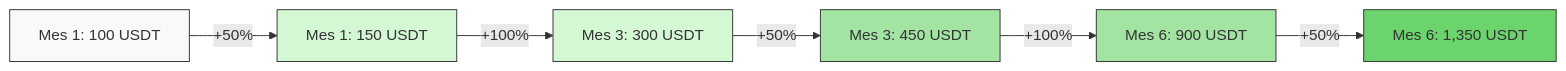
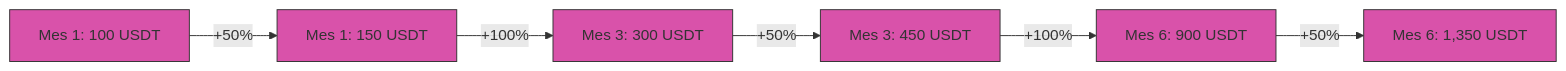
The third of 6 diagrams in Plan_Financiero.md (CryptoPlazaHQ/CryptoPlaza), drawn with Mermaid before and after one commit. The commit also changed other lines of this file, not shown here.

````diff
--- a/Plan_Financiero.md
+++ b/Plan_Financiero.md
@@ -119,14 +119,14 @@
 ```mermaid
 graph LR
     A[Mes 1: 100 USDT] -->|+50%| B[Mes 1: 150 USDT]
     B -->|+100%| C[Mes 3: 300 USDT]
     C -->|+50%| D[Mes 3: 450 USDT]
     D -->|+100%| E[Mes 6: 900 USDT]
     E -->|+50%| F[Mes 6: 1,350 USDT]
-    style A fill:#f9f9f9,stroke:#333,stroke-width:1px
-    style B fill:#d4f7d4,stroke:#333,stroke-width:1px
-    style C fill:#d4f7d4,stroke:#333,stroke-width:1px
-    style D fill:#a3e4a3,stroke:#333,stroke-width:1px
-    style E fill:#a3e4a3,stroke:#333,stroke-width:1px
-    style F fill:#6cd46c,stroke:#333,stroke-width:1px
+    style A fill:#d952aa,stroke:#333,stroke-width:1px
+    style B fill:#d952aa,stroke:#333,stroke-width:1px
+    style C fill:#d952aa,stroke:#333,stroke-width:1px
+    style D fill:#d952aa,stroke:#333,stroke-width:1px
+    style E fill:#d952aa,stroke:#333,stroke-width:1px
+    style F fill:#d952aa,stroke:#333,stroke-width:1px
 ```
````
